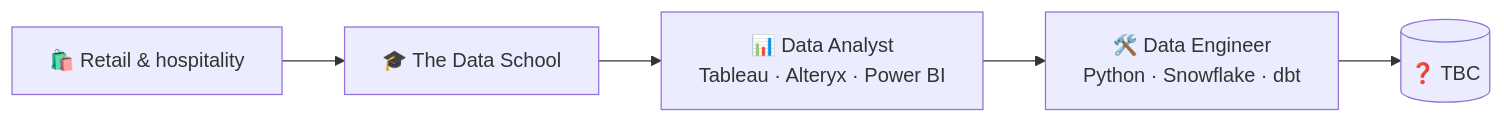
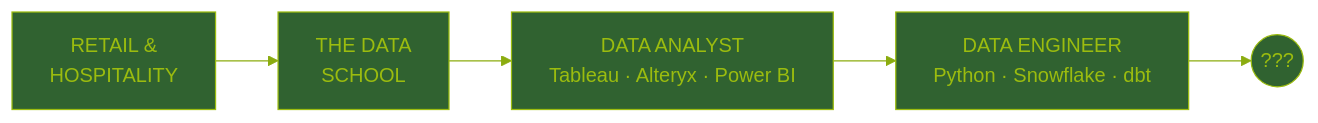
Before and after one commit to kjucaitis/kjucaitis: the diagram in README.md, drawn with Mermaid. The commit also changed other lines of this file, not shown here.

````diff
--- a/README.md
+++ b/README.md
@@ -37,7 +66,8 @@
 ```mermaid
+%%{init: {'theme':'base','themeVariables':{'primaryColor':'#306230','primaryTextColor':'#9BBC0F','primaryBorderColor':'#9BBC0F','lineColor':'#8BAC0F','fontFamily':'monospace'}}}%%
 flowchart LR
-    A[🛍️ Retail & hospitality] --> B[🎓 The Data School]
-    B --> C[📊 Data Analyst<br/>Tableau · Alteryx · Power BI]
-    C --> D[🛠️ Data Engineer<br/>Python · Snowflake · dbt]
-    D --> E[(❓ TBC)]
+    A[RETAIL &<br/>HOSPITALITY] --> B[THE DATA<br/>SCHOOL]
+    B --> C[DATA ANALYST<br/>Tableau · Alteryx · Power BI]
+    C --> D[DATA ENGINEER<br/>Python · Snowflake · dbt]
+    D --> E((???))
 ```
````
